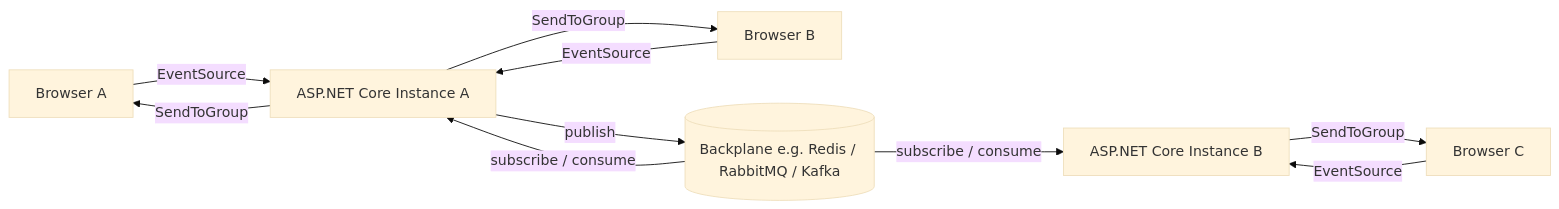
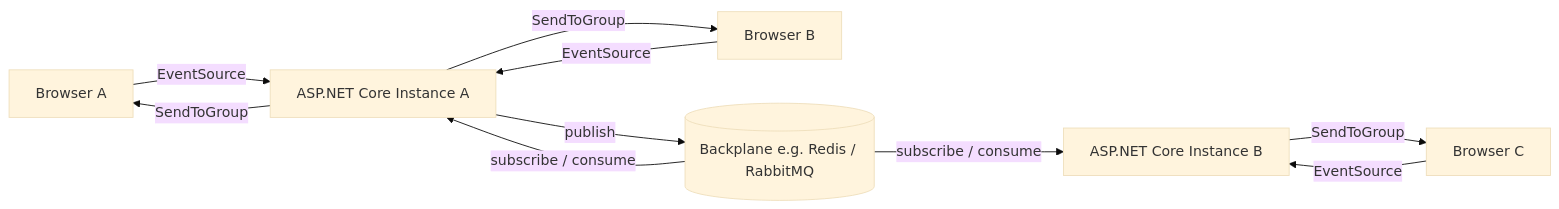
One commit to ehtesam4m/ProbahoSSE changed the first of 5 diagrams in README.md. Above: the diagram before and after it, drawn with Mermaid (base theme). The commit also changed other lines of this file and 6 other files, not shown here.

````diff
--- a/README.md
+++ b/README.md
@@ -240,14 +240,14 @@
 ```mermaid
 flowchart LR
     B1[Browser A] -->|EventSource| A1[ASP.NET Core Instance A]
     B2[Browser B] -->|EventSource| A1
     B3[Browser C] -->|EventSource| A2[ASP.NET Core Instance B]
 
-    A1 -->|publish| R[(Backplane e.g. Redis / RabbitMQ / Kafka)]
+    A1 -->|publish| R[(Backplane e.g. Redis / RabbitMQ)]
     R -->|subscribe / consume| A1
     R -->|subscribe / consume| A2
 
     A1 -->|SendToGroup| B1
     A1 -->|SendToGroup| B2
     A2 -->|SendToGroup| B3
 ```
````
